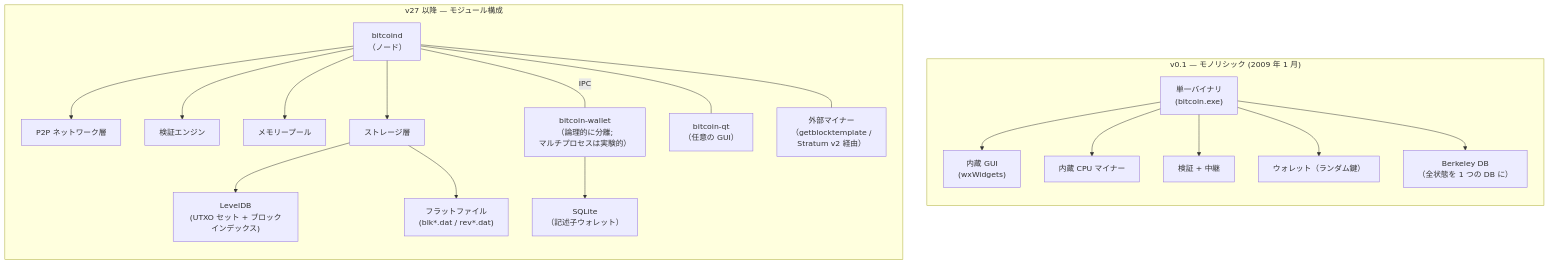
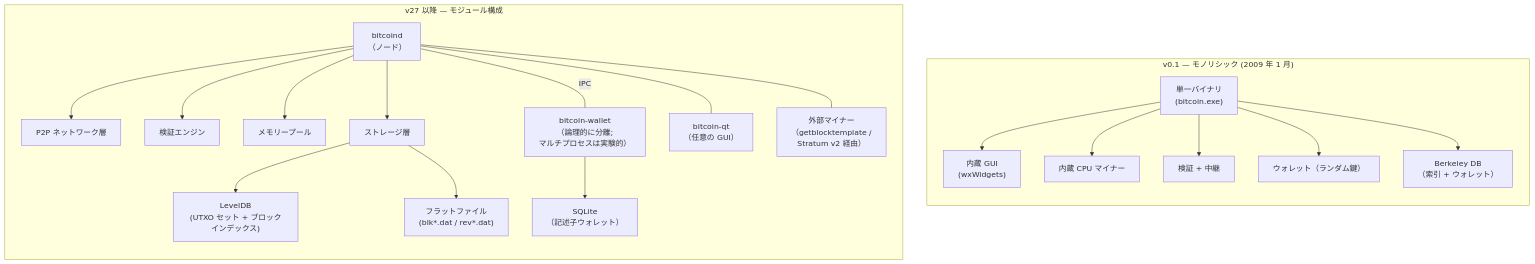
One commit to cypher256/BitcoinArchive changed the first of 10 diagrams in src/data/translations/ja/design/2009-01-03-bitcoin-architecture-evolution.md. Above: the diagram before and after it, drawn with Mermaid. The commit also changed other lines of this file and 19 other files, not shown here.

````diff
--- a/src/data/translations/ja/design/2009-01-03-bitcoin-architecture-evolution.md
+++ b/src/data/translations/ja/design/2009-01-03-bitcoin-architecture-evolution.md
@@ -35,30 +35,30 @@
 ```mermaid
 flowchart TB
     subgraph V01["v0.1 — モノリシック (2009 年 1 月)"]
         direction TB
         MONO["単一バイナリ<br/>(bitcoin.exe)"]
         MONO --> GUI_0["内蔵 GUI<br/>(wxWidgets)"]
         MONO --> MINE_0["内蔵 CPU マイナー"]
         MONO --> VALID_0["検証 + 中継"]
         MONO --> WALL_0["ウォレット（ランダム鍵）"]
-        MONO --> BDB["Berkeley DB<br/>（全状態を 1 つの DB に）"]
+        MONO --> BDB["Berkeley DB<br/>（索引 + ウォレット）"]
     end
 
     subgraph V27["v27 以降 — モジュール構成"]
         direction TB
         NODE["bitcoind<br/>（ノード）"]
         NODE --> P2P_N["P2P ネットワーク層"]
         NODE --> VALID_N["検証エンジン"]
         NODE --> MEMPOOL_N["メモリープール"]
         NODE --> STORE_N["ストレージ層"]
         STORE_N --> LEVEL["LevelDB<br/>(UTXO セット + ブロックインデックス)"]
         STORE_N --> FLAT["フラットファイル<br/>(blk*.dat / rev*.dat)"]
         WALL_N["bitcoin-wallet<br/>（論理的に分離;<br/>マルチプロセスは実験的）"]
         WALL_N --> SQL["SQLite<br/>（記述子ウォレット）"]
         NODE -- "IPC" --- WALL_N
         QT["bitcoin-qt<br/>（任意の GUI）"]
         NODE --- QT
         EXT_MINE["外部マイナー<br/>（getblocktemplate /<br/>Stratum v2 経由）"]
         NODE --- EXT_MINE
     end
 ```
````
